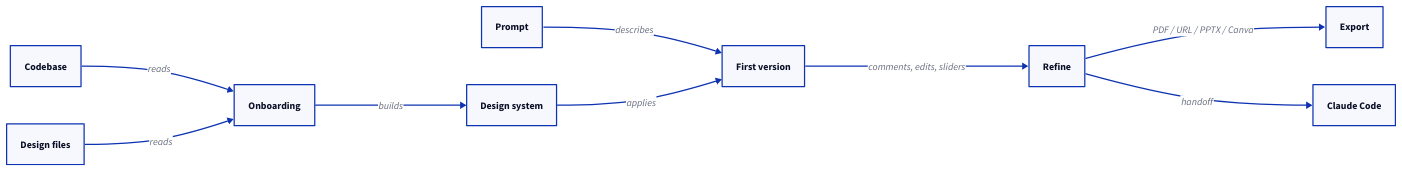
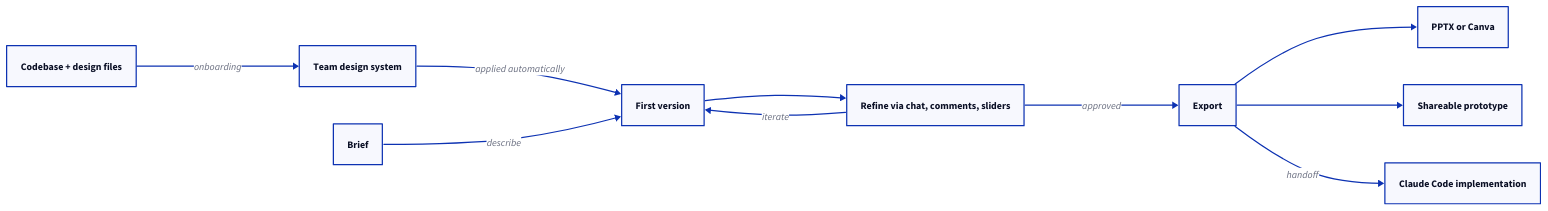
One commit to kobyal/ai-news-briefing changed the diagram in blog/public/posts/claude-design-up-close/diagram.d2. Above: the diagram before and after it, drawn with D2. The commit also changed 336 other files, not shown here.

Commit message:
blog: regenerate all posts with public examples + de-translationese pass; Claude Code series (5 parts); assistants series (dots, Gemini, Copilot, Comet); signed opinion note

```diff
--- a/blog/public/posts/claude-design-up-close/diagram.d2
+++ b/blog/public/posts/claude-design-up-close/diagram.d2
@@ -1,18 +1,19 @@
 direction: right
-codebase: Codebase
-design_files: Design files
-onboarding: Onboarding
-design_system: Design system
-prompt: Prompt
-first_version: First version
-refine: Refine
+codebase: Codebase + design files
+ds: Team design system
+prompt: Brief
+v1: First version
+refine: Refine via chat, comments, sliders
 export: Export
-claude_code: Claude Code
-codebase -> onboarding: reads
-design_files -> onboarding: reads
-onboarding -> design_system: builds
-prompt -> first_version: describes
-design_system -> first_version: applies
-first_version -> refine: comments, edits, sliders
-refine -> export: PDF / URL / PPTX / Canva
-refine -> claude_code: handoff
+pptx: PPTX or Canva
+share: Shareable prototype
+cc: Claude Code implementation
+codebase -> ds: onboarding
+ds -> v1: applied automatically
+prompt -> v1: describe
+v1 -> refine
+refine -> v1: iterate
+refine -> export: approved
+export -> pptx
+export -> share
+export -> cc: handoff
```
